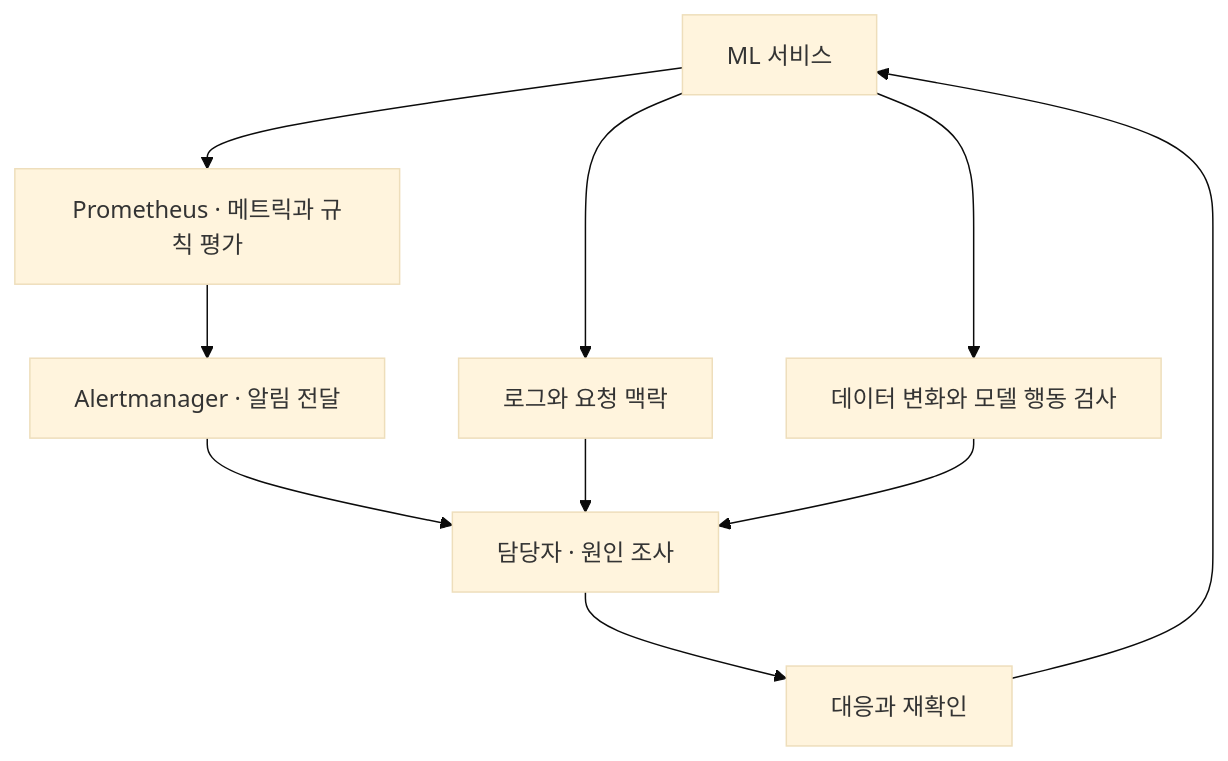
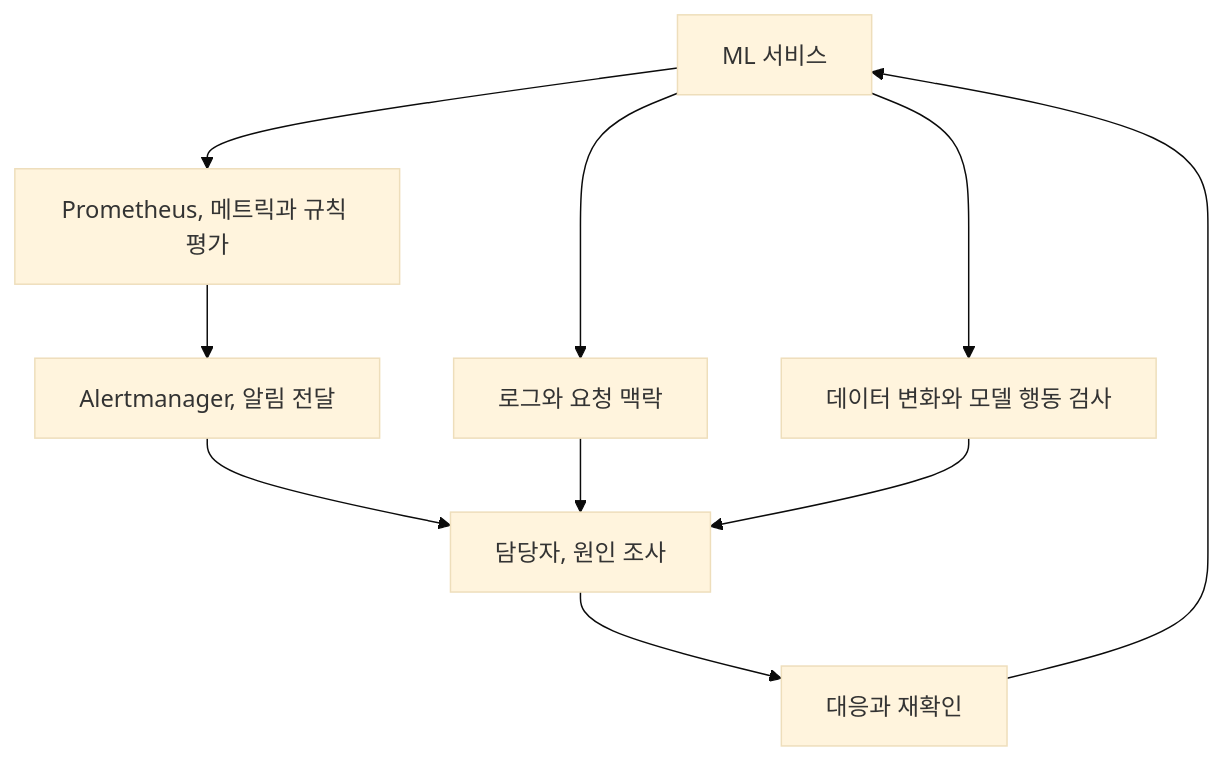
Before and after one commit to johklo/johklo.github.io: the diagram in content/docs/tech/machine-learning-platform-engineering/11-monitoring-and-explainability.md, drawn with Mermaid (base theme). The commit also changed other lines of this file and 14 other files, not shown here.

````diff
--- a/content/docs/tech/machine-learning-platform-engineering/11-monitoring-and-explainability.md
+++ b/content/docs/tech/machine-learning-platform-engineering/11-monitoring-and-explainability.md
@@ -45,14 +43,14 @@
 ```mermaid
 flowchart TD
     accTitle: 메트릭과 로그를 사람의 대응으로 연결하기
-    accDescr: 서비스 메트릭은 Prometheus의 규칙 평가와 Alertmanager를 통해 담당자에게 전달됩니다. 로그와 데이터·모델 검사를 함께 사용해 원인을 좁히고 대응 후 다시 관측합니다.
-    S["ML 서비스"] --> P["Prometheus · 메트릭과 규칙 평가"]
-    P --> A["Alertmanager · 알림 전달"]
-    A --> H["담당자 · 원인 조사"]
+    accDescr: 서비스 메트릭은 Prometheus의 규칙 평가와 Alertmanager를 통해 담당자에게 전달됩니다. 로그와 데이터, 모델 검사를 함께 사용해 원인을 좁히고 대응 후 다시 관측합니다.
+    S["ML 서비스"] --> P["Prometheus, 메트릭과 규칙 평가"]
+    P --> A["Alertmanager, 알림 전달"]
+    A --> H["담당자, 원인 조사"]
     S --> L["로그와 요청 맥락"]
     L --> H
     S --> Q["데이터 변화와 모델 행동 검사"]
     Q --> H
     H --> R["대응과 재확인"]
     R --> S
 ```
````
